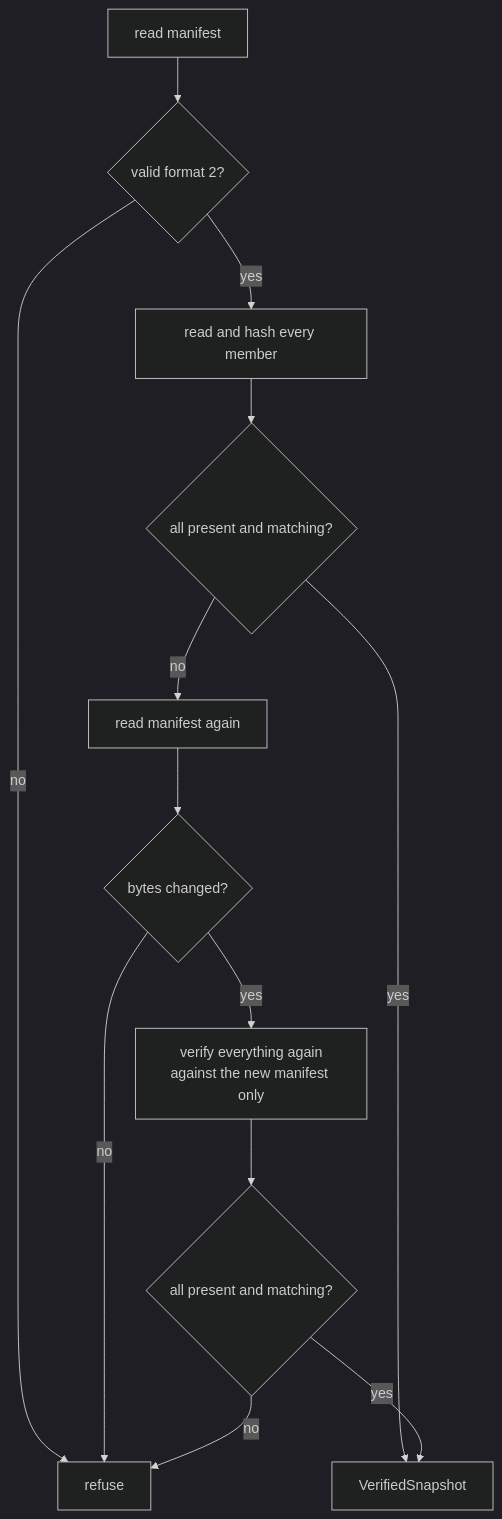
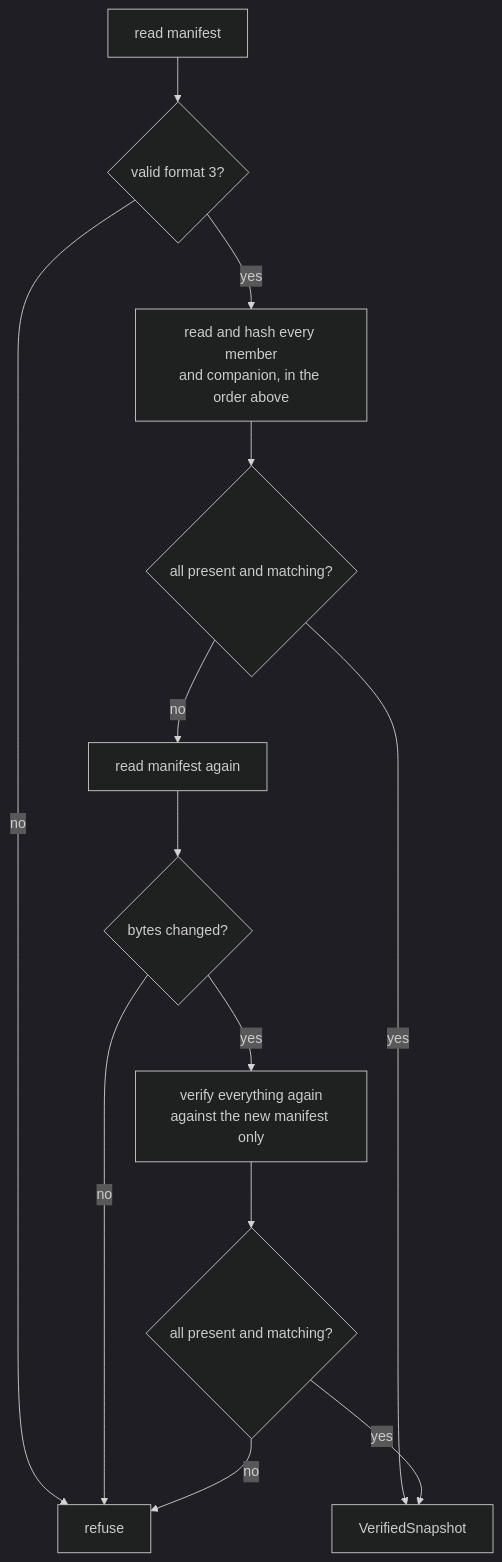
Before and after one commit to yankeeinlondon/rusty-biscuit: the second of 8 diagrams in darkmatter/docs/topics/host-registration.md, drawn with Mermaid (dark theme). The commit also changed other lines of this file and 96 other files, not shown here.

First line of the commit message:
feat(darkmatter): add callable schemas and verified host registrations

````diff
--- a/darkmatter/docs/topics/host-registration.md
+++ b/darkmatter/docs/topics/host-registration.md
@@ -299,15 +364,15 @@
 ```mermaid
 flowchart TD
-    A[read manifest] --> B{valid format 2?}
+    A[read manifest] --> B{valid format 3?}
     B -- no --> R[refuse]
-    B -- yes --> C[read and hash every member]
+    B -- yes --> C[read and hash every member<br/>and companion, in the order above]
     C --> D{all present and matching?}
     D -- yes --> S[VerifiedSnapshot]
     D -- no --> E[read manifest again]
     E --> F{bytes changed?}
     F -- no --> R
     F -- yes --> G[verify everything again<br/>against the new manifest only]
     G --> H{all present and matching?}
     H -- yes --> S
     H -- no --> R
 ```
````
